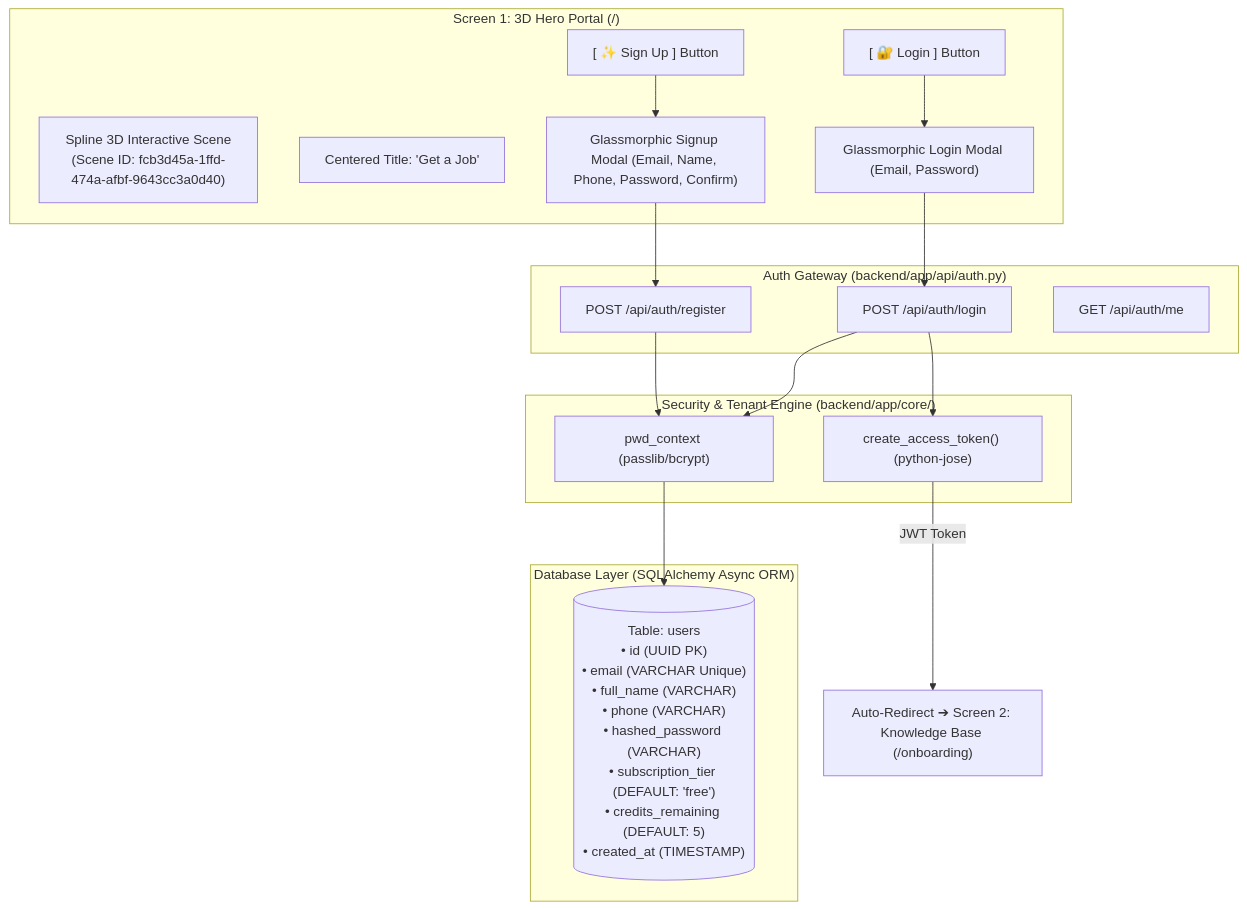
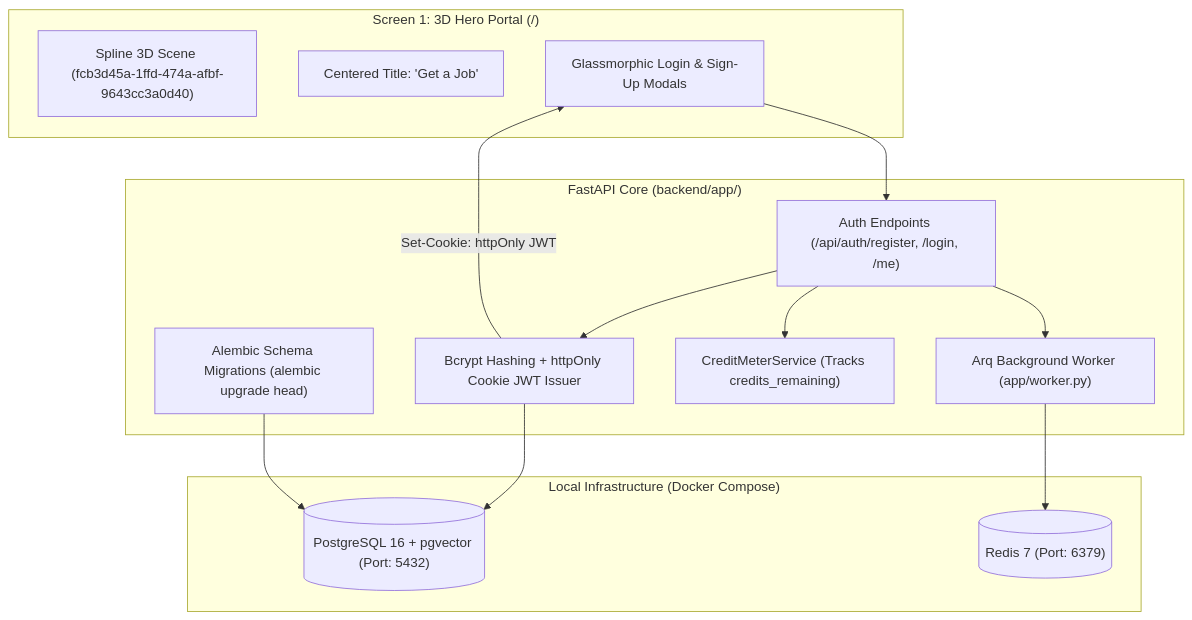
The first of 7 diagrams in Docs/IMPLEMENTATION_PLAN.md (creed-online/getaJob.ai), drawn with Mermaid before and after one commit. The commit also changed other lines of this file and 3 other files, not shown here.

Commit message:
docs: sync wiki with refactored architecture

````diff
--- a/Docs/IMPLEMENTATION_PLAN.md
+++ b/Docs/IMPLEMENTATION_PLAN.md
@@ -58,30 +48,27 @@
 ```mermaid
 flowchart TD
-    subgraph S1_Hero ["Screen 1: 3D Hero Portal (/)"]
-        SplineScene1["Spline 3D Interactive Scene\n(Scene ID: fcb3d45a-1ffd-474a-afbf-9643cc3a0d40)"]
-        Title["Centered Title: 'Get a Job'"]
-        BtnLogin["[ 🔐 Login ] Button"]
-        BtnSignup["[ ✨ Sign Up ] Button"]
-        ModalLogin["Glassmorphic Login Modal (Email, Password)"]
-        ModalSignup["Glassmorphic Signup Modal (Email, Name, Phone, Password, Confirm)"]
+    subgraph Infra ["Local Infrastructure (Docker Compose)"]
+        Docker_PG[("PostgreSQL 16 + pgvector (Port: 5432)")]
+        Docker_Redis[("Redis 7 (Port: 6379)")]
     end
 
-    subgraph AuthAPI ["Auth Gateway (backend/app/api/auth.py)"]
-        EP_Reg["POST /api/auth/register"]
-        EP_Login["POST /api/auth/login"]
-        EP_Me["GET /api/auth/me"]
+    subgraph S1_UI ["Screen 1: 3D Hero Portal (/)"]
+        SplineHero["Spline 3D Scene (fcb3d45a-1ffd-474a-afbf-9643cc3a0d40)"]
+        Title["Centered Title: 'Get a Job'"]
+        AuthModals["Glassmorphic Login & Sign-Up Modals"]
     end
 
-    subgraph Core ["Security & Tenant Engine (backend/app/core/)"]
-        Hasher["pwd_context (passlib/bcrypt)"]
-        JWTIssuer["create_access_token() (python-jose)"]
+    subgraph BackendGateway ["FastAPI Core (backend/app/)"]
+        EP_Auth["Auth Endpoints (/api/auth/register, /login, /me)"]
+        Alembic["Alembic Schema Migrations (alembic upgrade head)"]
+        Security["Bcrypt Hashing + httpOnly Cookie JWT Issuer"]
+        CreditMeter["CreditMeterService (Tracks credits_remaining)"]
+        ArqWorker["Arq Background Worker (app/worker.py)"]
     end
 
-    subgraph DB ["Database Layer (SQLAlchemy Async ORM)"]
-        UserTable[("Table: users\n• id (UUID PK)\n• email (VARCHAR Unique)\n• full_name (VARCHAR)\n• phone (VARCHAR)\n• hashed_password (VARCHAR)\n• subscription_tier (DEFAULT: 'free')\n• credits_remaining (DEFAULT: 5)\n• created_at (TIMESTAMP)")]
-    end
-
-    BtnLogin --> ModalLogin --> EP_Login --> Hasher
-    BtnSignup --> ModalSignup --> EP_Reg --> Hasher --> UserTable
-    EP_Login --> JWTIssuer -->|JWT Token| Transition["Auto-Redirect ➔ Screen 2: Knowledge Base (/onboarding)"]
+    AuthModals --> EP_Auth --> Security --> Docker_PG
+    Security -->|Set-Cookie: httpOnly JWT| AuthModals
+    Alembic --> Docker_PG
+    EP_Auth --> CreditMeter
+    EP_Auth --> ArqWorker --> Docker_Redis
 ```
````
